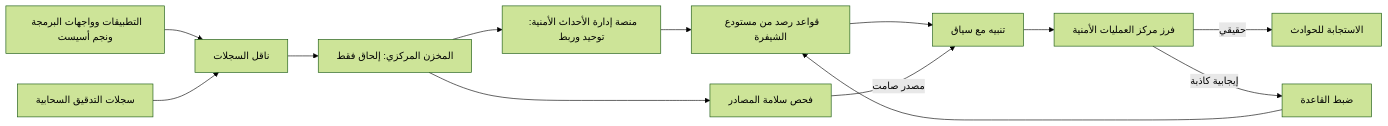
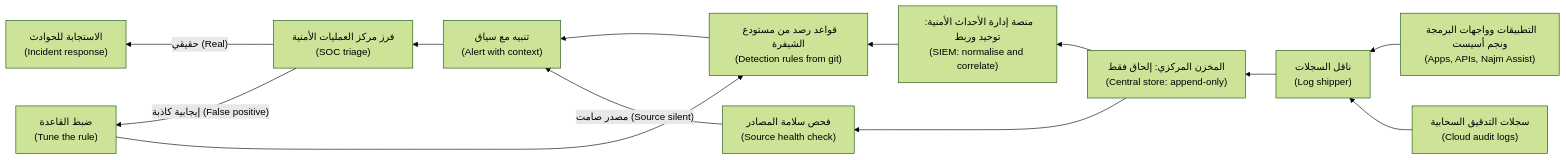
The first of 3 diagrams in secai/modules/10-response.ar.md (Tamoura/system-design-for-vibe-coders), drawn with Mermaid (forest theme) before and after one commit. The commit also changed other lines of this file and 11 other files, not shown here.

First line of the commit message:
Security course: Arabic modules 10–11 reviewed; RTL diagrams with English labels for modules 0–11

````diff
--- a/secai/modules/10-response.ar.md
+++ b/secai/modules/10-response.ar.md
@@ -71,15 +71,15 @@
 ```mermaid
-flowchart LR
-    A["التطبيقات وواجهات البرمجة ونجم أسيست"] --> B["ناقل السجلات"]
-    K["سجلات التدقيق السحابية"] --> B
-    B --> C["المخزن المركزي: إلحاق فقط"]
-    C --> D["منصة إدارة الأحداث الأمنية: توحيد وربط"]
-    D --> E["قواعد رصد من مستودع الشيفرة"]
-    E --> F["تنبيه مع سياق"]
-    F --> G["فرز مركز العمليات الأمنية"]
-    G -->|"حقيقي"| H["الاستجابة للحوادث"]
-    G -->|"إيجابية كاذبة"| I["ضبط القاعدة"]
+flowchart RL
+    A["التطبيقات وواجهات البرمجة ونجم أسيست<br/>(Apps, APIs, Najm Assist)"] --> B["ناقل السجلات<br/>(Log shipper)"]
+    K["سجلات التدقيق السحابية<br/>(Cloud audit logs)"] --> B
+    B --> C["المخزن المركزي: إلحاق فقط<br/>(Central store: append-only)"]
+    C --> D["منصة إدارة الأحداث الأمنية: توحيد وربط<br/>(SIEM: normalise and correlate)"]
+    D --> E["قواعد رصد من مستودع الشيفرة<br/>(Detection rules from git)"]
+    E --> F["تنبيه مع سياق<br/>(Alert with context)"]
+    F --> G["فرز مركز العمليات الأمنية<br/>(SOC triage)"]
+    G -->|"حقيقي (Real)"| H["الاستجابة للحوادث<br/>(Incident response)"]
+    G -->|"إيجابية كاذبة (False positive)"| I["ضبط القاعدة<br/>(Tune the rule)"]
     I --> E
-    C --> J["فحص سلامة المصادر"]
-    J -->|"مصدر صامت"| F
+    C --> J["فحص سلامة المصادر<br/>(Source health check)"]
+    J -->|"مصدر صامت (Source silent)"| F
 ```
````
